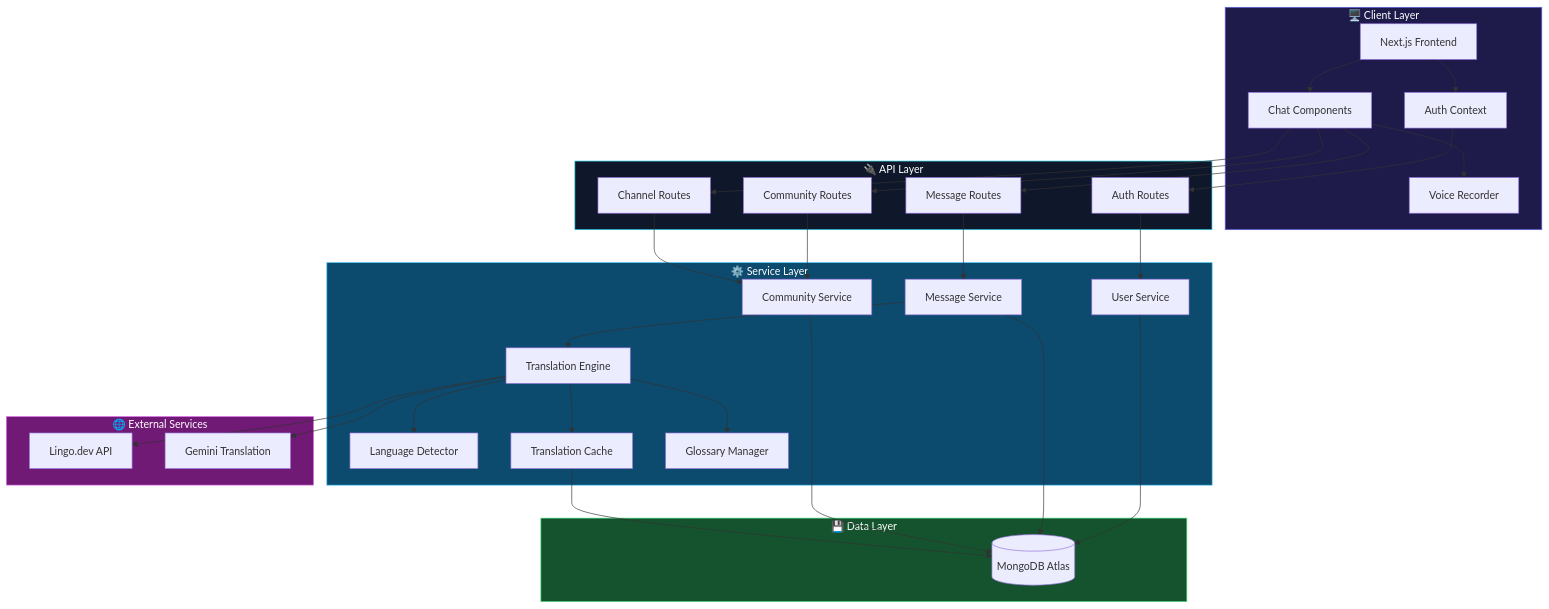
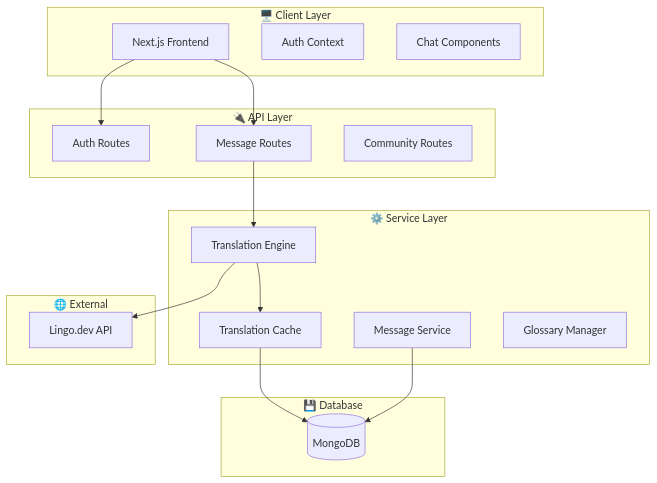
Before and after one commit to TejasRawool186/FlowTalk: the first of 2 diagrams in README.md, drawn with Mermaid. The commit also changed other lines of this file and 3 other files, not shown here.

````diff
--- a/README.md
+++ b/README.md
@@ -186,67 +33,37 @@
 ```mermaid
 flowchart TB
     subgraph Client["🖥️ Client Layer"]
         UI[Next.js Frontend]
         Auth[Auth Context]
         Chat[Chat Components]
-        Voice[Voice Recorder]
     end
     
     subgraph API["🔌 API Layer"]
         AuthAPI[Auth Routes]
         MsgAPI[Message Routes]
         CommAPI[Community Routes]
-        ChanAPI[Channel Routes]
     end
     
     subgraph Services["⚙️ Service Layer"]
-        UserSvc[User Service]
         MsgSvc[Message Service]
-        CommSvc[Community Service]
         TransSvc[Translation Engine]
-        LangDet[Language Detector]
         Cache[Translation Cache]
         Glossary[Glossary Manager]
     end
     
-    subgraph External["🌐 External Services"]
+    subgraph External["🌐 External"]
         LingoAPI[Lingo.dev API]
-        GeminiAPI[Gemini Translation]
     end
     
-    subgraph Data["💾 Data Layer"]
-        MongoDB[(MongoDB Atlas)]
+    subgraph Data["💾 Database"]
+        MongoDB[(MongoDB)]
     end
     
-    UI --> Auth
-    UI --> Chat
-    Chat --> Voice
-    
-    Auth --> AuthAPI
-    Chat --> MsgAPI
-    Chat --> CommAPI
-    Chat --> ChanAPI
-    
-    AuthAPI --> UserSvc
-    MsgAPI --> MsgSvc
-    CommAPI --> CommSvc
-    ChanAPI --> CommSvc
-    
-    MsgSvc --> TransSvc
-    TransSvc --> LangDet
+    UI --> AuthAPI
+    UI --> MsgAPI
+    MsgAPI --> TransSvc
+    TransSvc --> LingoAPI
     TransSvc --> Cache
-    TransSvc --> Glossary
-    TransSvc --> LingoAPI
-    TransSvc --> GeminiAPI
-    
-    UserSvc --> MongoDB
+    Cache --> MongoDB
     MsgSvc --> MongoDB
-    CommSvc --> MongoDB
-    Cache --> MongoDB
-    
-    style Client fill:#1e1b4b,stroke:#6366f1,color:#fff
-    style API fill:#0f172a,stroke:#22d3ee,color:#fff
-    style Services fill:#0c4a6e,stroke:#38bdf8,color:#fff
-    style External fill:#701a75,stroke:#e879f9,color:#fff
-    style Data fill:#14532d,stroke:#4ade80,color:#fff
 ```
````
